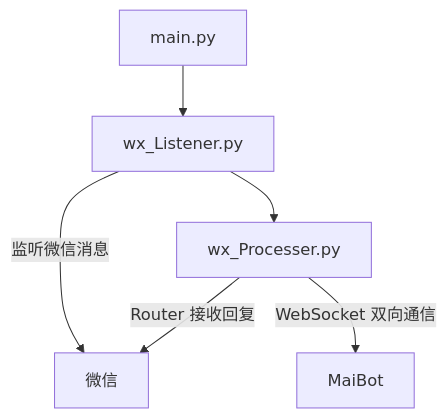
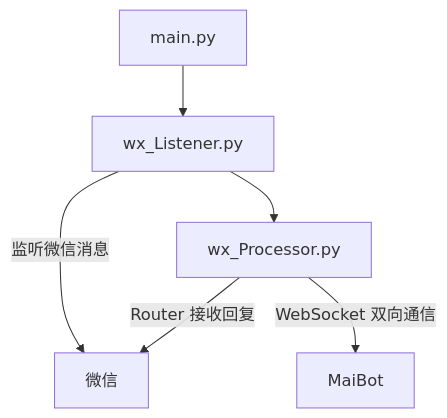
Before and after one commit to zhx57/MaiBot-WeChat-WeFlow-Adapter: the diagram in README.md, drawn with Mermaid. The commit also changed other lines of this file and 29 other files, not shown here.

````diff
--- a/README.md
+++ b/README.md
@@ -96,8 +91,8 @@
 ```mermaid
 graph TD
     A[main.py] --> B[wx_Listener.py]
     B -->|监听微信消息| F[微信]
-    B --> E[wx_Processer.py]
+    B --> E[wx_Processor.py]
     E -->|WebSocket 双向通信| G[MaiBot]
     E -->|Router 接收回复| F
 ```
````
